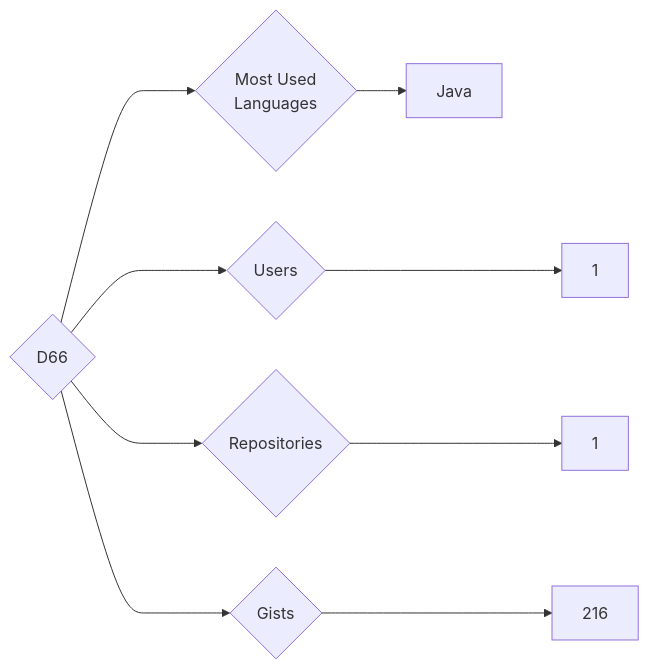
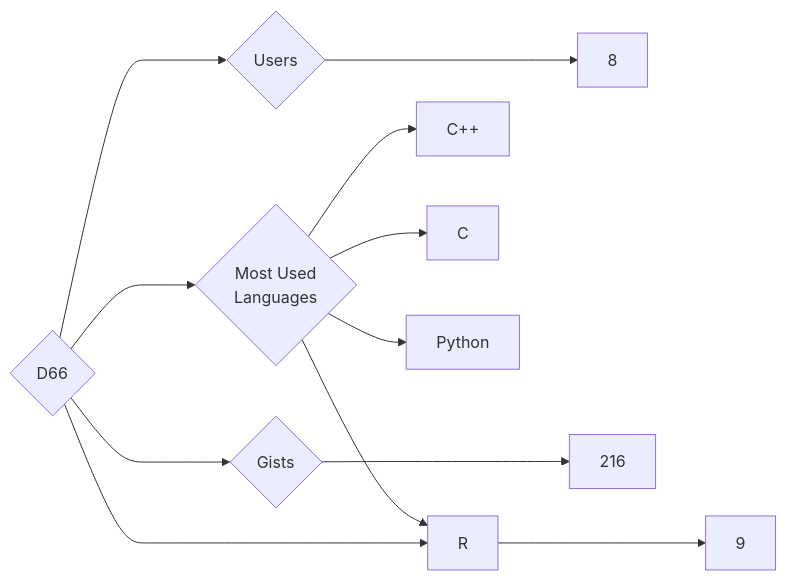
Before and after one commit to trickest/insiders: the diagram in targets/D66/README.md, drawn with Mermaid. The commit also changed 614 other files, not shown here.

````diff
--- a/targets/D66/README.md
+++ b/targets/D66/README.md
@@ -3,9 +3,12 @@
 ```mermaid
 graph LR
 COMPANY_NAME{D66}
-COMPANY_NAME ---> U{Users} ---> UN[1]
-COMPANY_NAME ---> R{Repositories} ---> RN[1]
+COMPANY_NAME ---> U{Users} ---> UN[8]
+COMPANY_NAME ---> R{Repositories} ---> RN[9]
 COMPANY_NAME ---> G{Gists} ---> GN[216]
 COMPANY_NAME ---> ML{Most Used<br>Languages}
-ML --> Java[Java]
+ML --> C++[C++]
+ML --> C[C]
+ML --> R[R]
+ML --> Python[Python]
 ```
````
